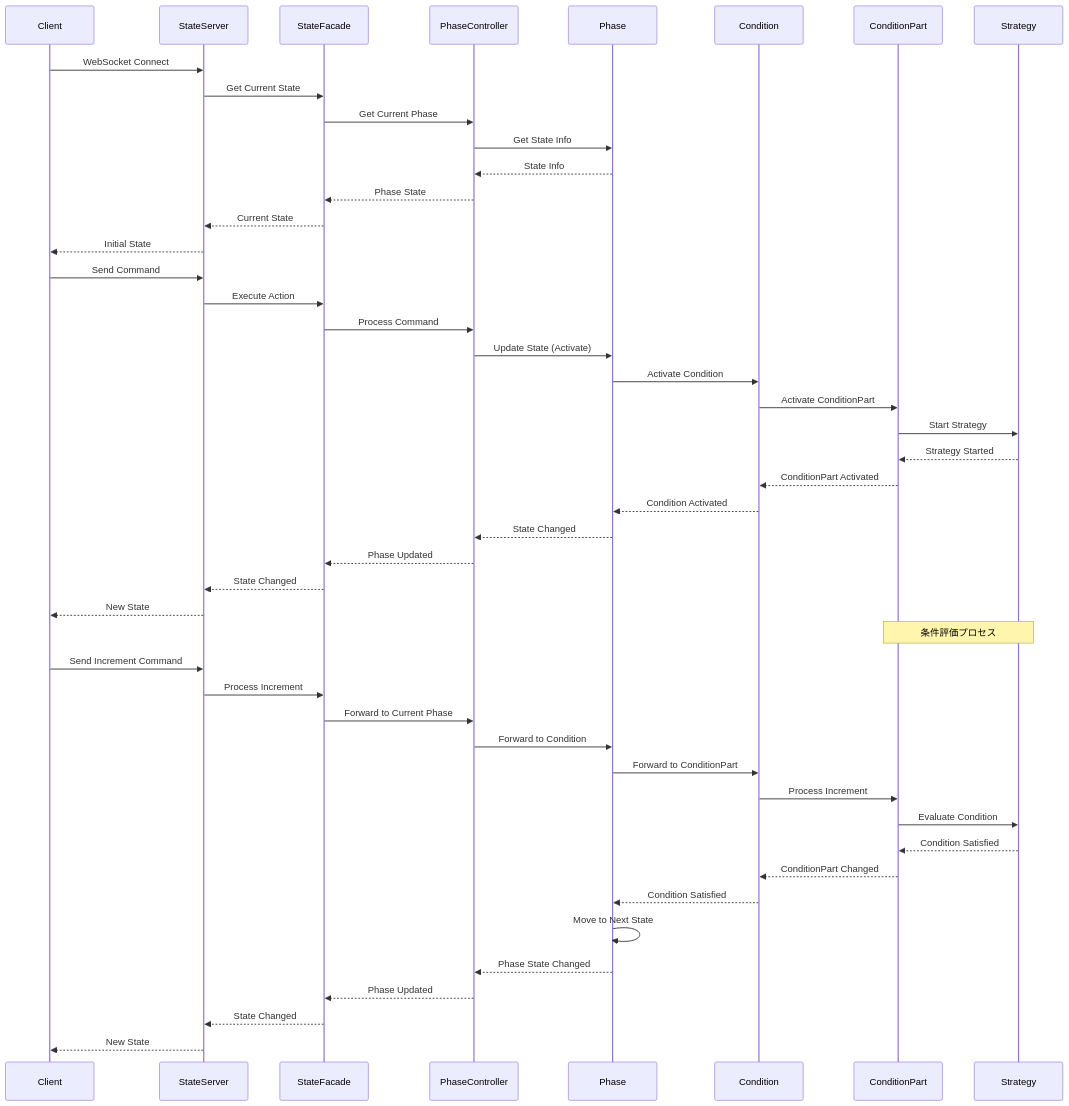
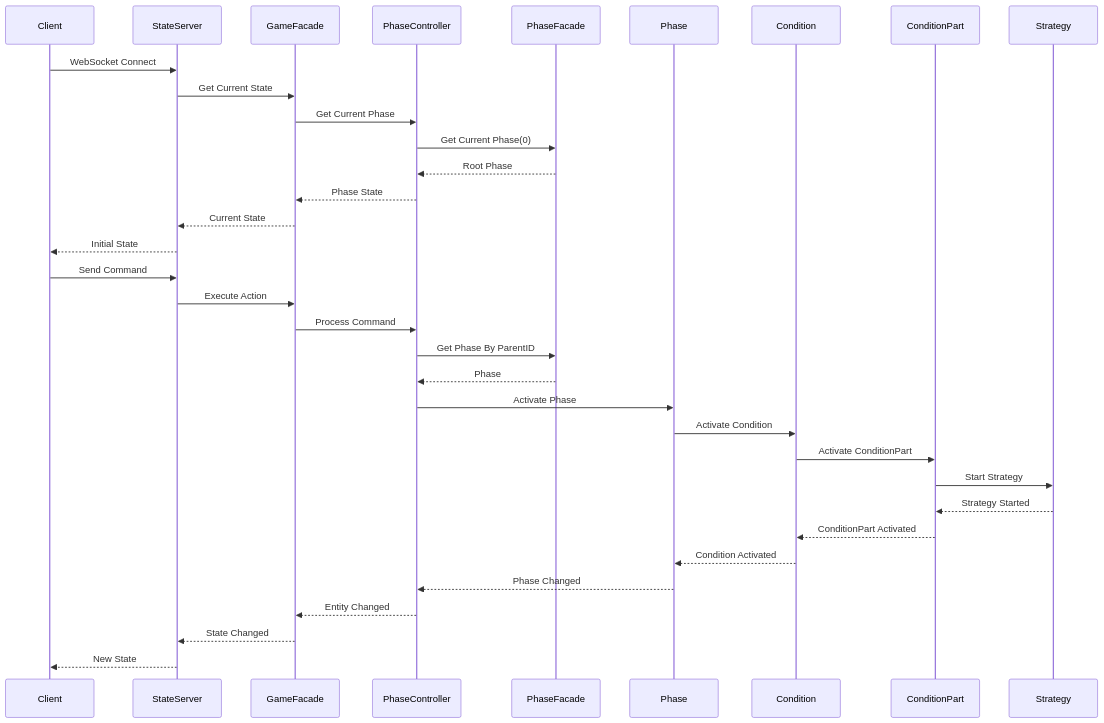
One commit to mormorbump/FsmStateMachineSample changed the fifth of 18 diagrams in docs/README.md. Above: the diagram before and after it, drawn with Mermaid. The commit also changed other lines of this file and 5 other files, not shown here.

````diff
--- a/docs/README.md
+++ b/docs/README.md
@@ -61,52 +155,38 @@
 ```mermaid
 sequenceDiagram
     participant C as Client
     participant S as StateServer
-    participant F as StateFacade
+    participant F as GameFacade
     participant PC as PhaseController
+    participant PF as PhaseFacade
     participant P as Phase
     participant Cond as Condition
     participant CP as ConditionPart
     participant Strat as Strategy
 
     C->>S: WebSocket Connect
     S->>F: Get Current State
     F->>PC: Get Current Phase
-    PC->>P: Get State Info
-    P-->>PC: State Info
+    PC->>PF: Get Current Phase(0)
+    PF-->>PC: Root Phase
     PC-->>F: Phase State
     F-->>S: Current State
     S-->>C: Initial State
 
     C->>S: Send Command
     S->>F: Execute Action
     F->>PC: Process Command
-    PC->>P: Update State (Activate)
+    PC->>PF: Get Phase By ParentID
+    PF-->>PC: Phase
+    PC->>P: Activate Phase
     P->>Cond: Activate Condition
     Cond->>CP: Activate ConditionPart
     CP->>Strat: Start Strategy
     Strat-->>CP: Strategy Started
     CP-->>Cond: ConditionPart Activated
     Cond-->>P: Condition Activated
-    P-->>PC: State Changed
-    PC-->>F: Phase Updated
-    F-->>S: State Changed
-    S-->>C: New State
-
-    Note over CP,Strat: 条件評価プロセス
-    C->>S: Send Increment Command
-    S->>F: Process Increment
-    F->>PC: Forward to Current Phase
-    PC->>P: Forward to Condition
-    P->>Cond: Forward to ConditionPart
-    Cond->>CP: Process Increment
-    CP->>Strat: Evaluate Condition
-    Strat-->>CP: Condition Satisfied
-    CP-->>Cond: ConditionPart Changed
-    Cond-->>P: Condition Satisfied
-    P->>P: Move to Next State
-    P-->>PC: Phase State Changed
-    PC-->>F: Phase Updated
+    P-->>PC: Phase Changed
+    PC-->>F: Entity Changed
     F-->>S: State Changed
     S-->>C: New State
 ```
````
